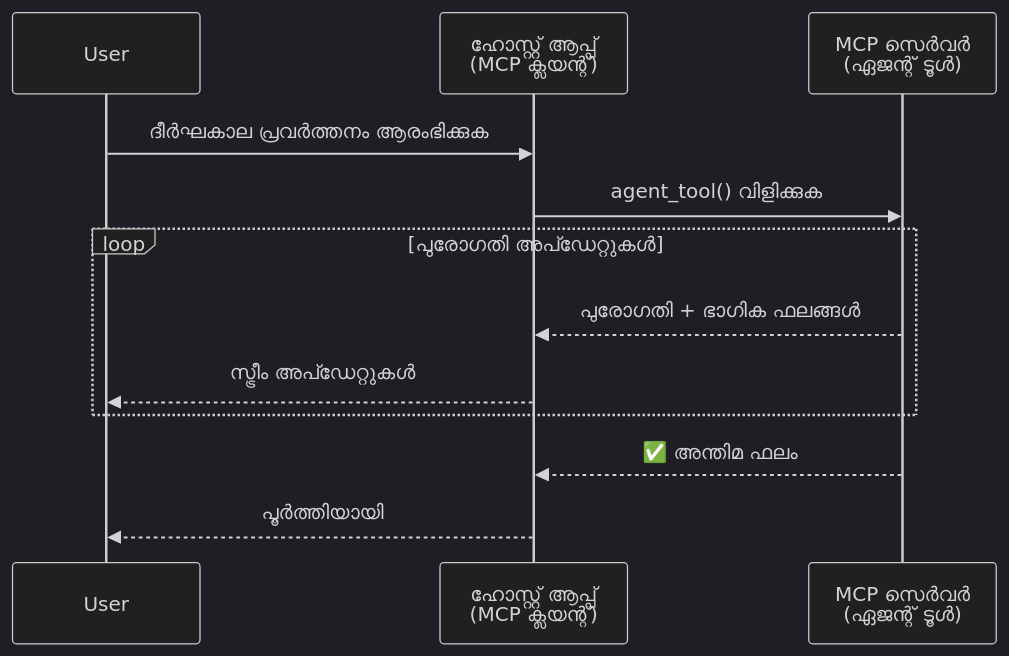
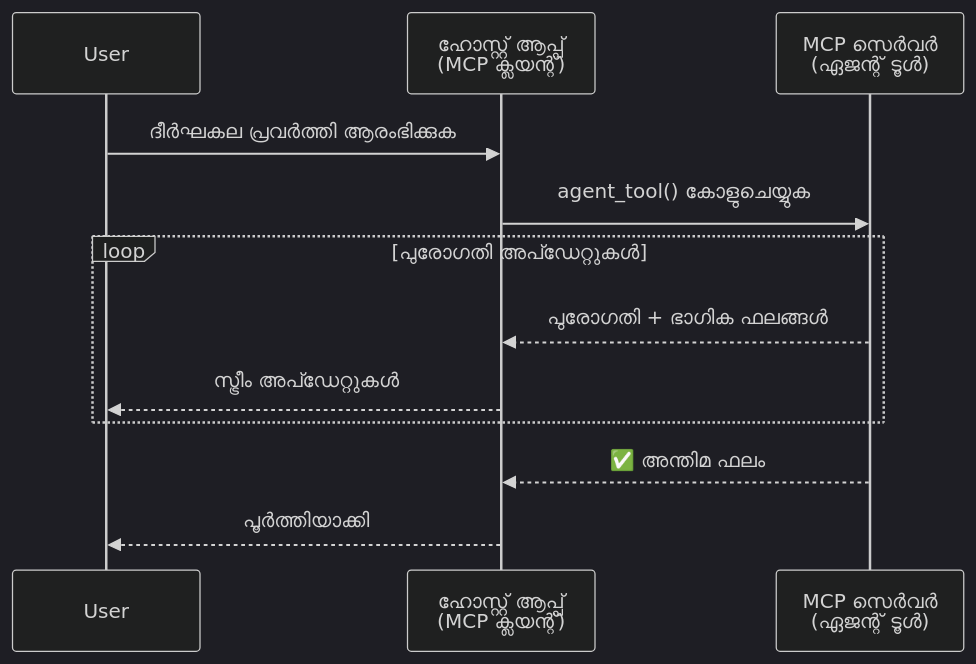
Before and after one commit to microsoft/ai-agents-for-beginners: the first of 5 diagrams in translations/ml/11-agentic-protocols/code_samples/mcp-agents/README.md, drawn with Mermaid (dark theme). The commit also changed other lines of this file and 224 other files, not shown here.

````diff
--- a/translations/ml/11-agentic-protocols/code_samples/mcp-agents/README.md
+++ b/translations/ml/11-agentic-protocols/code_samples/mcp-agents/README.md
@@ -46,17 +46,17 @@
 ```mermaid
 sequenceDiagram
     participant User
     participant Host as ഹോസ്റ്റ് ആപ്പ്<br/>(MCP ക്ലയന്റ്)
     participant Server as MCP സെർവർ<br/>(ഏജന്റ് ടൂൾ)
 
-    User->>Host: ദീർഘകാല പ്രവർത്തനം ആരംഭിക്കുക
-    Host->>Server: agent_tool() വിളിക്കുക
+    User->>Host: ദീർഘകല പ്രവർത്തി ആരംഭിക്കുക
+    Host->>Server: agent_tool() കോളുചെയ്യുക
 
     loop പുരോഗതി അപ്ഡേറ്റുകൾ
         Server-->>Host: പുരോഗതി + ഭാഗിക ഫലങ്ങൾ
         Host-->>User: സ്ട്രീം അപ്ഡേറ്റുകൾ
     end
 
     Server-->>Host: ✅ അന്തിമ ഫലം
-    Host-->>User: പൂർത്തിയായി
+    Host-->>User: പൂർത്തിയാക്കി
 ```
````
